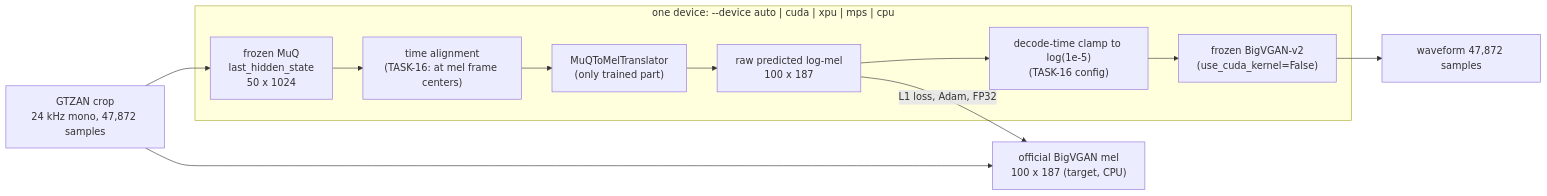
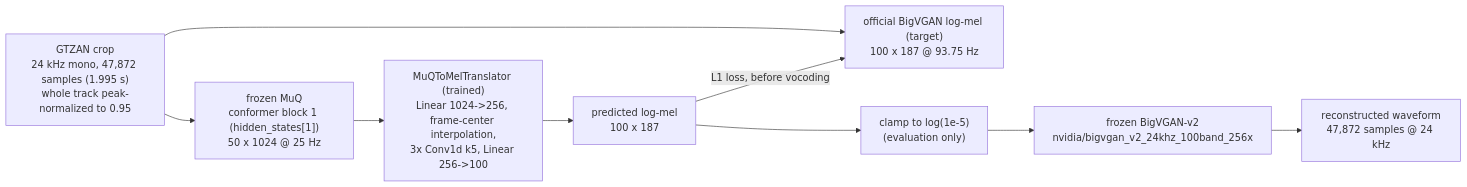
One commit to AndreaCogliati/invertibility changed the diagram in README.md. Above: the diagram before and after it, drawn with Mermaid. The commit also changed other lines of this file and 21 other files, not shown here.

First line of the commit message:
TASK-26: synthesis report of the BigVGAN line; README updated to current scope

````diff
--- a/README.md
+++ b/README.md
@@ -51,20 +9,11 @@
 ```mermaid
 flowchart LR
-    A["GTZAN crop<br/>24 kHz mono, 47,872 samples"] --> B["frozen MuQ<br/>last_hidden_state<br/>50 x 1024"]
-    A --> T["official BigVGAN mel<br/>100 x 187 (target, CPU)"]
-    B --> C["time alignment<br/>(TASK-16: at mel frame centers)"]
-    C --> D["MuQToMelTranslator<br/>(only trained part)"]
-    D --> E["raw predicted log-mel<br/>100 x 187"]
-    E -->|"L1 loss, Adam, FP32"| T
-    E --> F["decode-time clamp to log(1e-5)<br/>(TASK-16 config)"]
-    F --> G["frozen BigVGAN-v2<br/>(use_cuda_kernel=False)"]
-    G --> H["waveform 47,872 samples"]
-    subgraph DEV["one device: --device auto | cuda | xpu | mps | cpu"]
-        B
-        C
-        D
-        E
-        F
-        G
-    end
+    A["GTZAN crop<br/>24 kHz mono, 47,872 samples (1.995 s)<br/>whole track peak-normalized to 0.95"] --> B["frozen MuQ<br/>conformer block 1 (hidden_states[1])<br/>50 x 1024 @ 25 Hz"]
+    A --> T["official BigVGAN log-mel (target)<br/>100 x 187 @ 93.75 Hz"]
+    B --> D["MuQToMelTranslator (trained)<br/>Linear 1024->256, frame-center interpolation,<br/>3x Conv1d k5, Linear 256->100"]
+    D --> E["predicted log-mel<br/>100 x 187"]
+    E -->|"L1 loss, before vocoding"| T
+    E --> F["clamp to log(1e-5)<br/>(evaluation only)"]
+    F --> G["frozen BigVGAN-v2<br/>nvidia/bigvgan_v2_24khz_100band_256x"]
+    G --> H["reconstructed waveform<br/>47,872 samples @ 24 kHz"]
 ```
````
